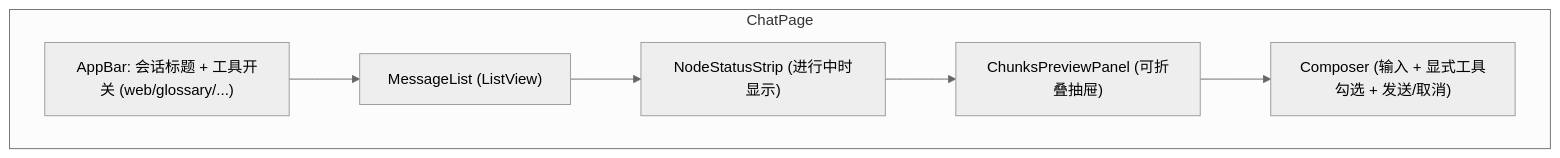
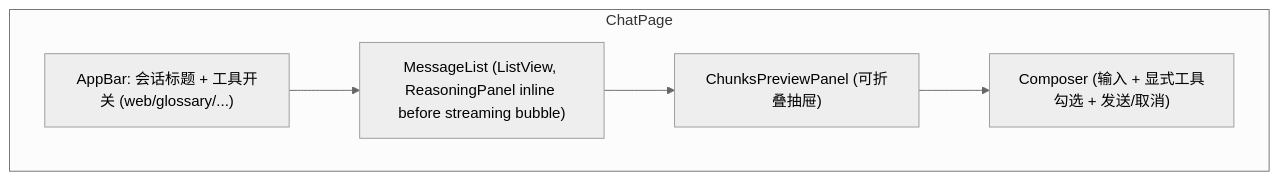
One commit to EpisodeYu/3GPP-Everything changed the diagram in docs/03-development/05-frontend.md. Above: the diagram before and after it, drawn with Mermaid (neutral theme). The commit also changed other lines of this file and 21 other files, not shown here.

````diff
--- a/docs/03-development/05-frontend.md
+++ b/docs/03-development/05-frontend.md
@@ -158,11 +158,10 @@
 ```mermaid
 graph TB
     subgraph ChatPage
         H["AppBar: 会话标题 + 工具开关 (web/glossary/...)"]
-        M["MessageList (ListView)"]
-        S["NodeStatusStrip (进行中时显示)"]
+        M["MessageList (ListView, ReasoningPanel inline before streaming bubble)"]
         P["ChunksPreviewPanel (可折叠抽屉)"]
         C["Composer (输入 + 显式工具勾选 + 发送/取消)"]
     end
-    H --> M --> S --> P --> C
+    H --> M --> P --> C
 ```
````
